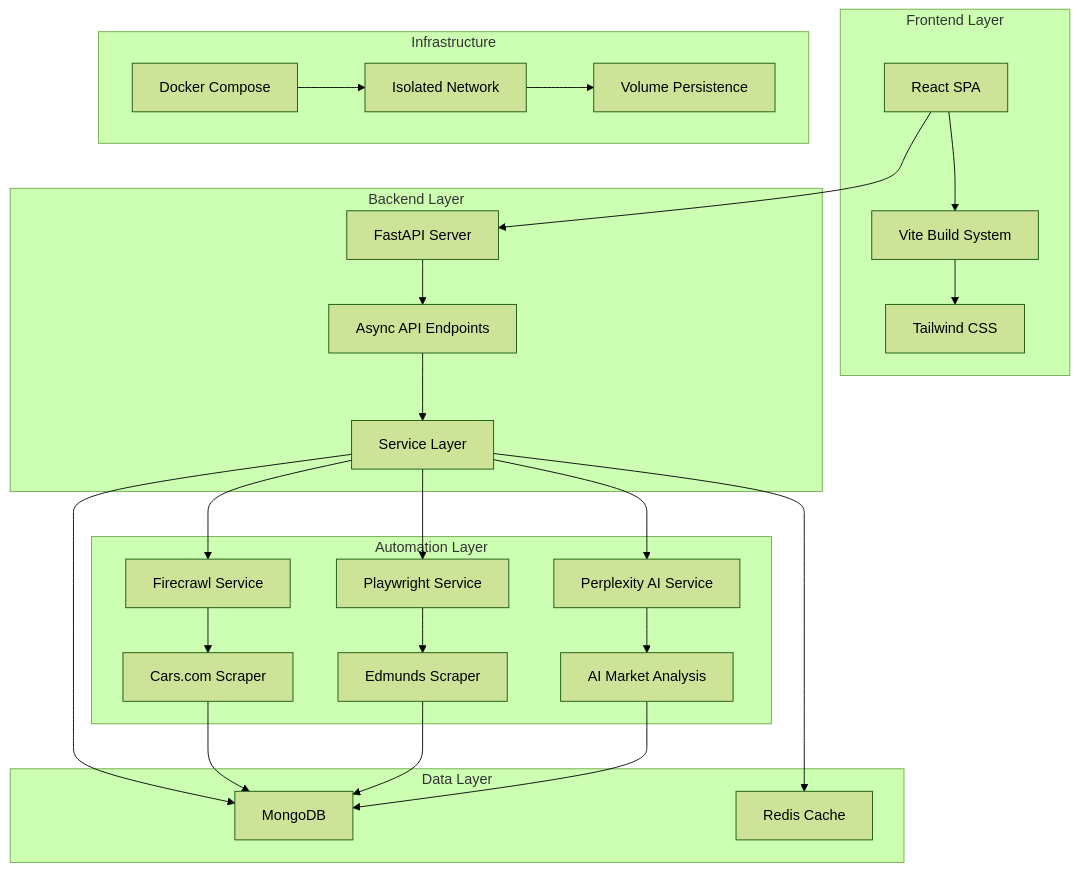
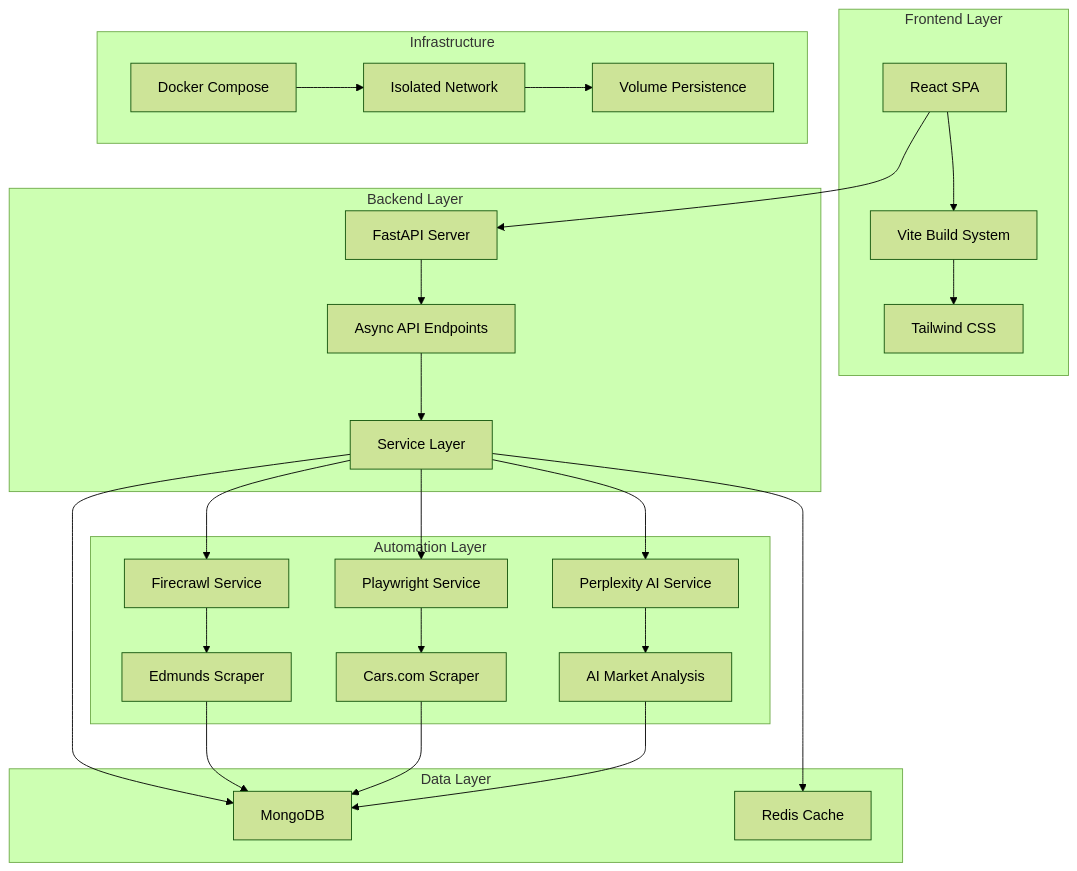
Before and after one commit to Bichev/car-finder: the diagram in README.md, drawn with Mermaid (forest theme). The commit also changed 3 other files, not shown here.

````diff
--- a/README.md
+++ b/README.md
@@ -182,36 +182,36 @@
 ```mermaid
 graph TB
     subgraph "Frontend Layer"
         A[React SPA] --> B[Vite Build System]
         B --> C[Tailwind CSS]
     end
     
     subgraph "Backend Layer"
         D[FastAPI Server] --> E[Async API Endpoints]
         E --> F[Service Layer]
     end
     
     subgraph "Automation Layer"
         F --> G[Firecrawl Service]
         F --> H[Playwright Service]
         F --> I[Perplexity AI Service]
-        G --> J[Cars.com Scraper]
-        H --> K[Edmunds Scraper]
+        G --> J[Edmunds Scraper]
+        H --> K[Cars.com Scraper]
         I --> L[AI Market Analysis]
     end
     
     subgraph "Data Layer"
         F --> M[MongoDB]
         F --> N[Redis Cache]
     end
     
     subgraph "Infrastructure"
         O[Docker Compose] --> P[Isolated Network]
         P --> Q[Volume Persistence]
     end
     
     A --> D
     J --> M
     K --> M
     L --> M
 ```
````
